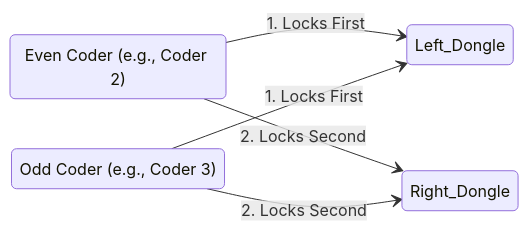
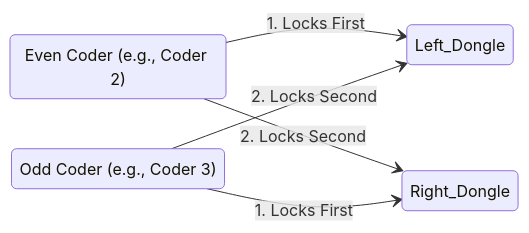
The second of 3 diagrams in README.md (kh-a-lil/Concurrency-Engine), drawn with Mermaid before and after one commit.

Commit message:
Fix locking order for odd dongles
Reordered locking sequence for odd dongles.

````diff
--- a/README.md
+++ b/README.md
@@ -58,12 +58,12 @@
 ```mermaid
 stateDiagram-v2
     direction LR
     state "Even Coder (e.g., Coder 2)" as Even
     state "Odd Coder (e.g., Coder 3)" as Odd
 
     Even --> Left_Dongle : 1. Locks First
     Even --> Right_Dongle : 2. Locks Second
     
-    Odd --> Right_Dongle : 2. Locks Second
-    Odd --> Left_Dongle : 1. Locks First
+    Odd --> Right_Dongle : 1. Locks First
+    Odd --> Left_Dongle : 2. Locks Second
 ```
````
